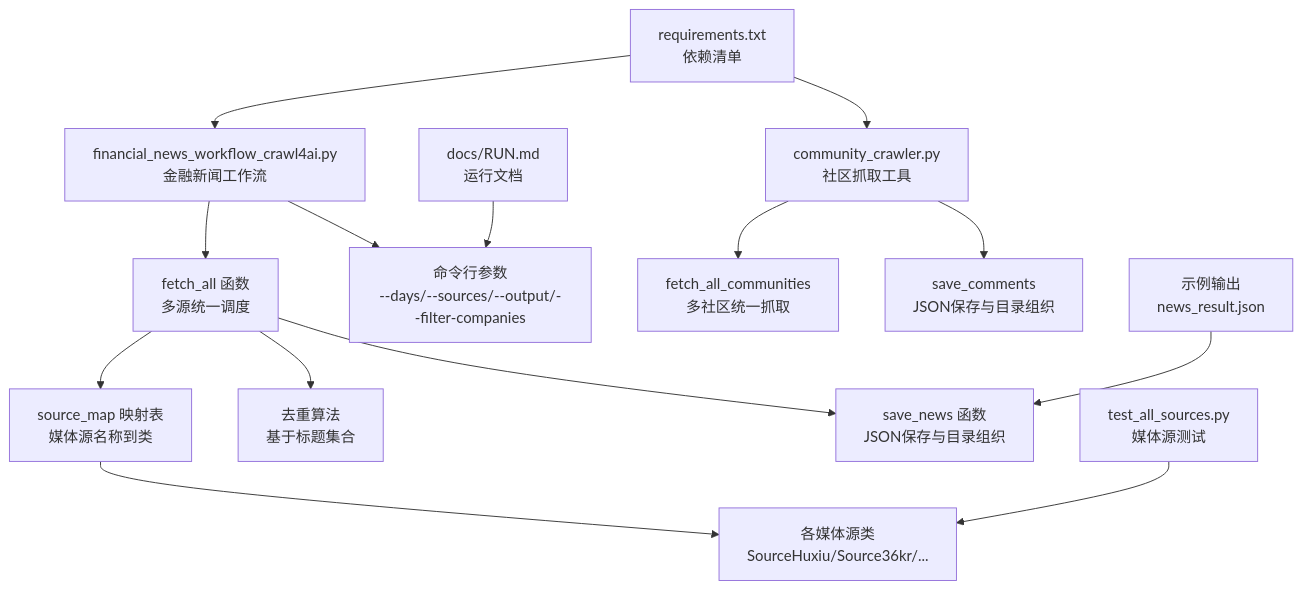
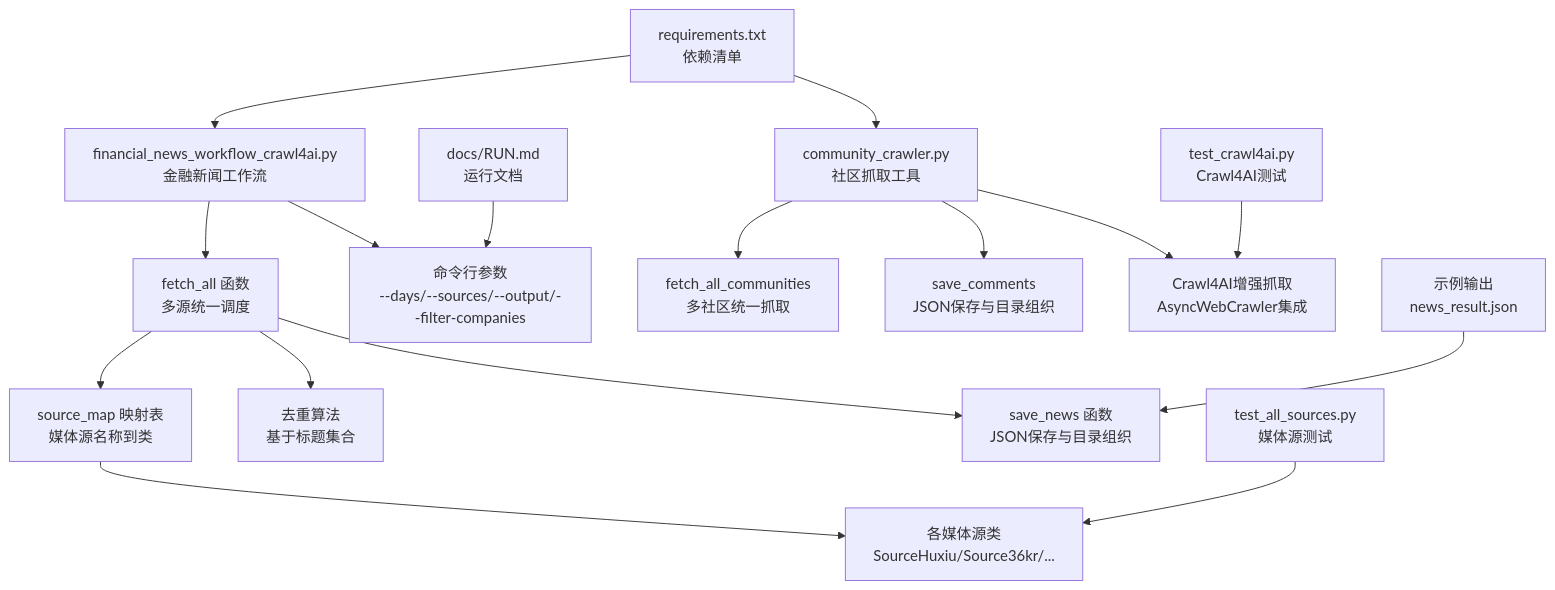
One commit to jy2360136/redbook changed the first of 7 diagrams in .qoder/repowiki/zh/content/核心模块/金融新闻自动化工作流/工作流核心功能.md. Above: the diagram before and after it, drawn with Mermaid. The commit also changed other lines of this file and 33 other files, not shown here.

````diff
--- a/.qoder/repowiki/zh/content/核心模块/金融新闻自动化工作流/工作流核心功能.md
+++ b/.qoder/repowiki/zh/content/核心模块/金融新闻自动化工作流/工作流核心功能.md
@@ -39,16 +48,18 @@
 ```mermaid
 graph TB
 A["financial_news_workflow_crawl4ai.py<br/>金融新闻工作流"] --> B["fetch_all 函数<br/>多源统一调度"]
 B --> C["source_map 映射表<br/>媒体源名称到类"]
 C --> D["各媒体源类<br/>SourceHuxiu/Source36kr/..."]
 B --> E["去重算法<br/>基于标题集合"]
 B --> F["save_news 函数<br/>JSON保存与目录组织"]
 A --> G["命令行参数<br/>--days/--sources/--output/--filter-companies"]
 H["community_crawler.py<br/>社区抓取工具"] --> I["fetch_all_communities<br/>多社区统一抓取"]
 H --> J["save_comments<br/>JSON保存与目录组织"]
-K["test_all_sources.py<br/>媒体源测试"] --> D
-L["requirements.txt<br/>依赖清单"] --> A
-L --> H
-M["docs/RUN.md<br/>运行文档"] --> G
-N["示例输出<br/>news_result.json"] --> F
+H --> K["Crawl4AI增强抓取<br/>AsyncWebCrawler集成"]
+L["test_all_sources.py<br/>媒体源测试"] --> D
+M["requirements.txt<br/>依赖清单"] --> A
+M --> H
+N["docs/RUN.md<br/>运行文档"] --> G
+O["示例输出<br/>news_result.json"] --> F
+P["test_crawl4ai.py<br/>Crawl4AI测试"] --> K
 ```
````
